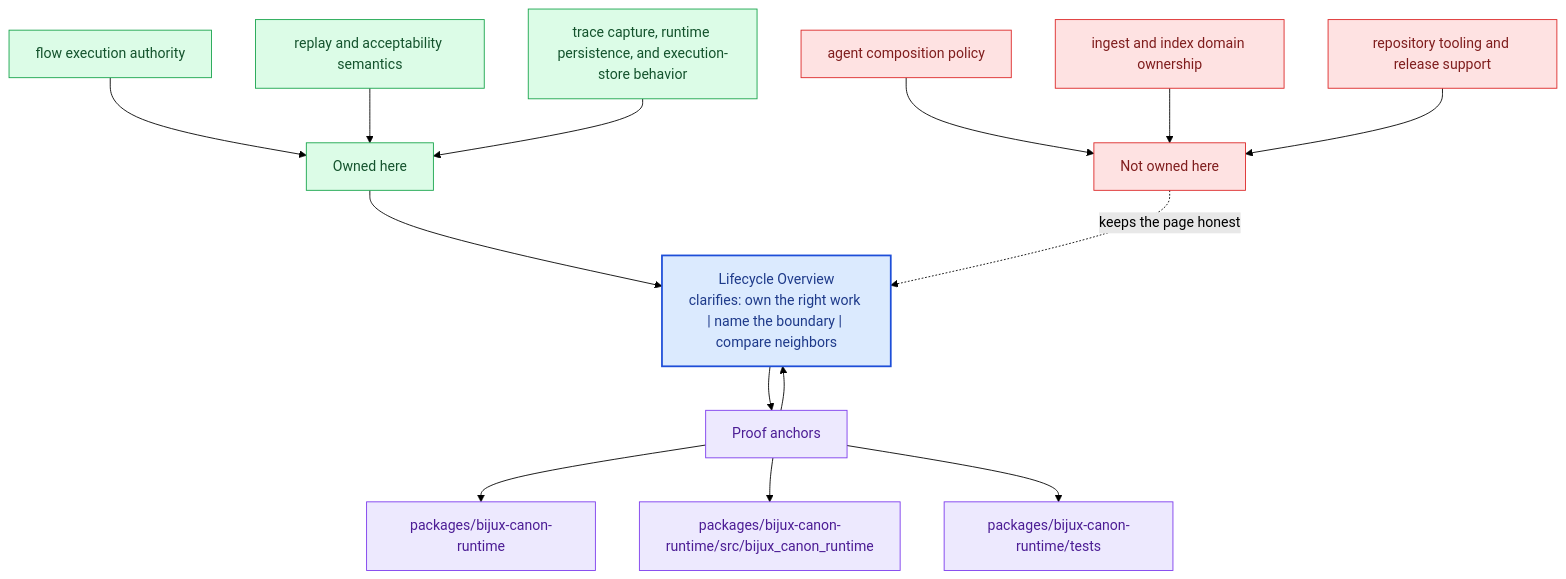
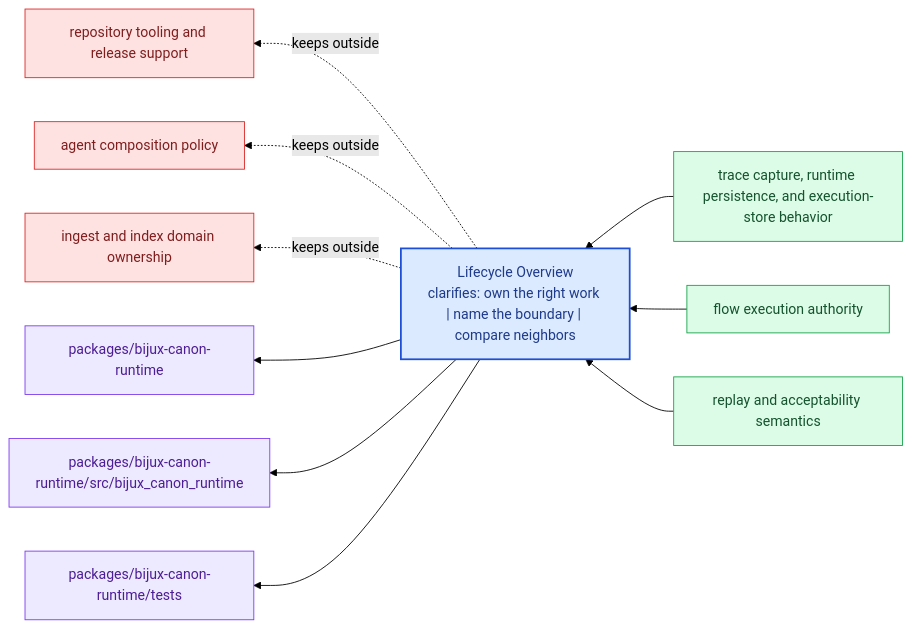
The diagram in docs/bijux-canon-runtime/foundation/lifecycle-overview.md (bijux/bijux-canon), drawn with Mermaid (forest theme) before and after one commit. The commit also changed other lines of this file and 281 other files, not shown here.

Commit message:
docs(diagrams): replace repeated mermaid scaffolds with page-specific summaries

````diff
--- a/docs/bijux-canon-runtime/foundation/lifecycle-overview.md
+++ b/docs/bijux-canon-runtime/foundation/lifecycle-overview.md
@@ -69,40 +24,31 @@
 ```mermaid
-flowchart TB
-    promise["Lifecycle Overview<br/>clarifies: own the right work | name the boundary | compare neighbors"]
-    classDef promise fill:#dbeafe,stroke:#1d4ed8,color:#1e3a8a,stroke-width:2px;
-    classDef driver fill:#dcfce7,stroke:#16a34a,color:#14532d;
-    classDef constraint fill:#fee2e2,stroke:#dc2626,color:#7f1d1d;
-    classDef ground fill:#ede9fe,stroke:#7c3aed,color:#4c1d95;
-    focus1["Owned here"]
-    focus1 --> promise
-    focus1_1["flow execution authority"]
-    focus1_1 --> focus1
-    focus1_2["replay and acceptability semantics"]
-    focus1_2 --> focus1
-    focus1_3["trace capture, runtime persistence, and execution-store behavior"]
-    focus1_3 --> focus1
-    class focus1 driver;
-    class focus1_1,focus1_2,focus1_3 driver;
-    focus2["Not owned here"]
-    focus2 -.keeps the page honest.-> promise
-    focus2_1["agent composition policy"]
-    focus2_1 --> focus2
-    focus2_2["ingest and index domain ownership"]
-    focus2_2 --> focus2
-    focus2_3["repository tooling and release support"]
-    focus2_3 --> focus2
-    class focus2 constraint;
-    class focus2_1,focus2_2,focus2_3 constraint;
-    focus3["Proof anchors"]
-    focus3 --> promise
-    promise --> focus3
-    focus3_1["packages/bijux-canon-runtime"]
-    focus3 --> focus3_1
-    focus3_2["packages/bijux-canon-runtime/src/bijux_canon_runtime"]
-    focus3 --> focus3_2
-    focus3_3["packages/bijux-canon-runtime/tests"]
-    focus3 --> focus3_3
-    class focus3 ground;
-    class focus3_1,focus3_2,focus3_3 ground;
-    class promise promise;
+flowchart RL
+    page["Lifecycle Overview<br/>clarifies: own the right work | name the boundary | compare neighbors"]
+    classDef page fill:#dbeafe,stroke:#1d4ed8,color:#1e3a8a,stroke-width:2px;
+    classDef positive fill:#dcfce7,stroke:#16a34a,color:#14532d;
+    classDef caution fill:#fee2e2,stroke:#dc2626,color:#7f1d1d;
+    classDef anchor fill:#ede9fe,stroke:#7c3aed,color:#4c1d95;
+    classDef action fill:#fef3c7,stroke:#d97706,color:#7c2d12;
+    own1["trace capture, runtime persistence, and execution-store behavior"]
+    own1 --> page
+    own2["flow execution authority"]
+    own2 --> page
+    own3["replay and acceptability semantics"]
+    own3 --> page
+    limit1["repository tooling and release support"]
+    page -.keeps outside.-> limit1
+    limit2["agent composition policy"]
+    page -.keeps outside.-> limit2
+    limit3["ingest and index domain ownership"]
+    page -.keeps outside.-> limit3
+    anchor1["packages/bijux-canon-runtime"]
+    page --> anchor1
+    anchor2["packages/bijux-canon-runtime/src/bijux_canon_runtime"]
+    page --> anchor2
+    anchor3["packages/bijux-canon-runtime/tests"]
+    page --> anchor3
+    class page page;
+    class own1,own2,own3 positive;
+    class limit1,limit2,limit3 caution;
+    class anchor1,anchor2,anchor3 anchor;
 ```
````
